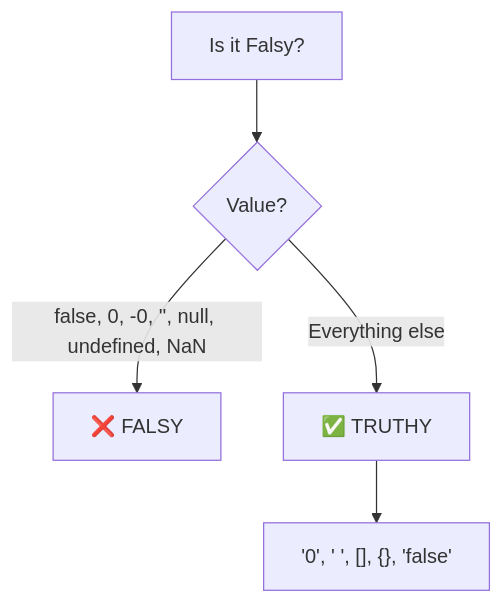
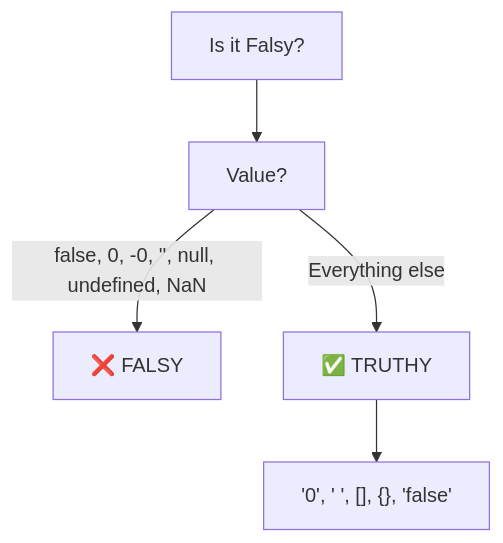
One commit to rajmpawar-hash/ByteNotes changed the third of 3 diagrams in src/notes/javascript/7-interview/01-interview-patterns/03-type-coercion-truthy-falsy.md. Above: the diagram before and after it, drawn with Mermaid. The commit also changed other lines of this file and 35 other files, not shown here.

Commit message:
chore: deduplicate notes, fix Mermaid syntax, and update GEMINI.md rules

````diff
--- a/src/notes/javascript/7-interview/01-interview-patterns/03-type-coercion-truthy-falsy.md
+++ b/src/notes/javascript/7-interview/01-interview-patterns/03-type-coercion-truthy-falsy.md
@@ -101,8 +101,8 @@
 ```mermaid
 flowchart TD
-    A["Is it Falsy?"] --> B{"Value?"}
-    B -->|"false, 0, -0, '', null, undefined, NaN"| C["❌ FALSY"]
-    B -->|"Everything else"| D["✅ TRUTHY"]
+    A["Is it Falsy?"] --> B["Value?"]
+    B -->|false, 0, -0, '', null, undefined, NaN| C["❌ FALSY"]
+    B -->|Everything else| D["✅ TRUTHY"]
     
     D --> E["'0', ' ', [], {}, 'false'"]
 ```
````
